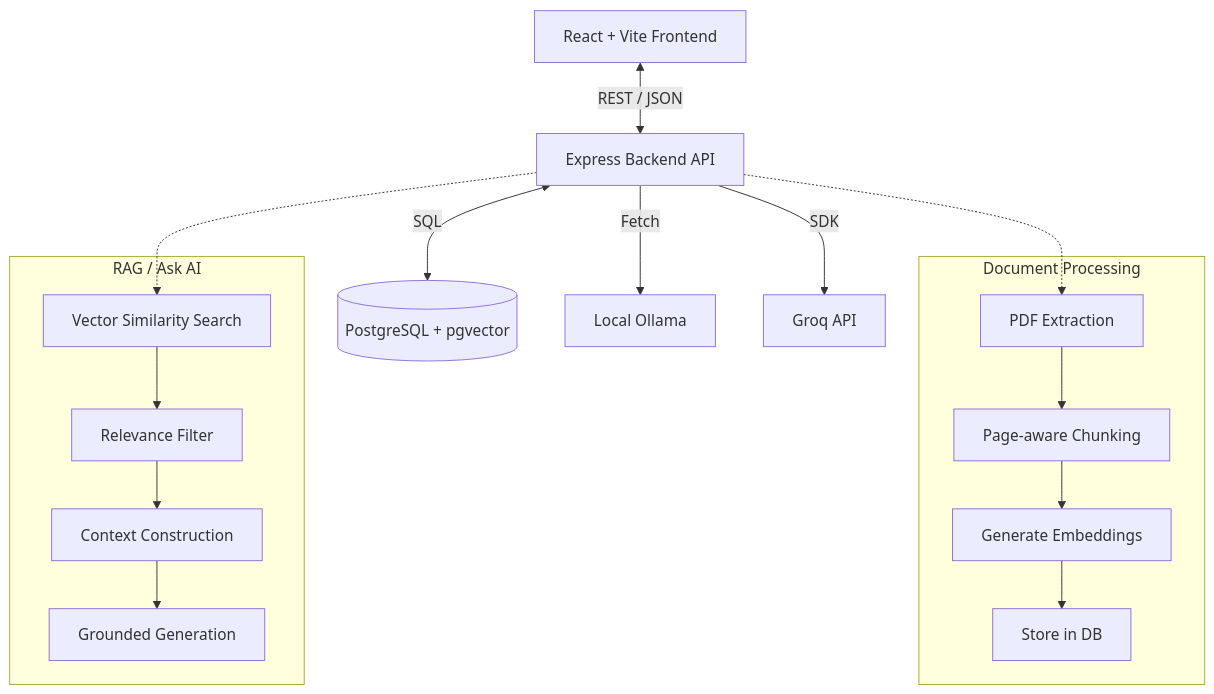
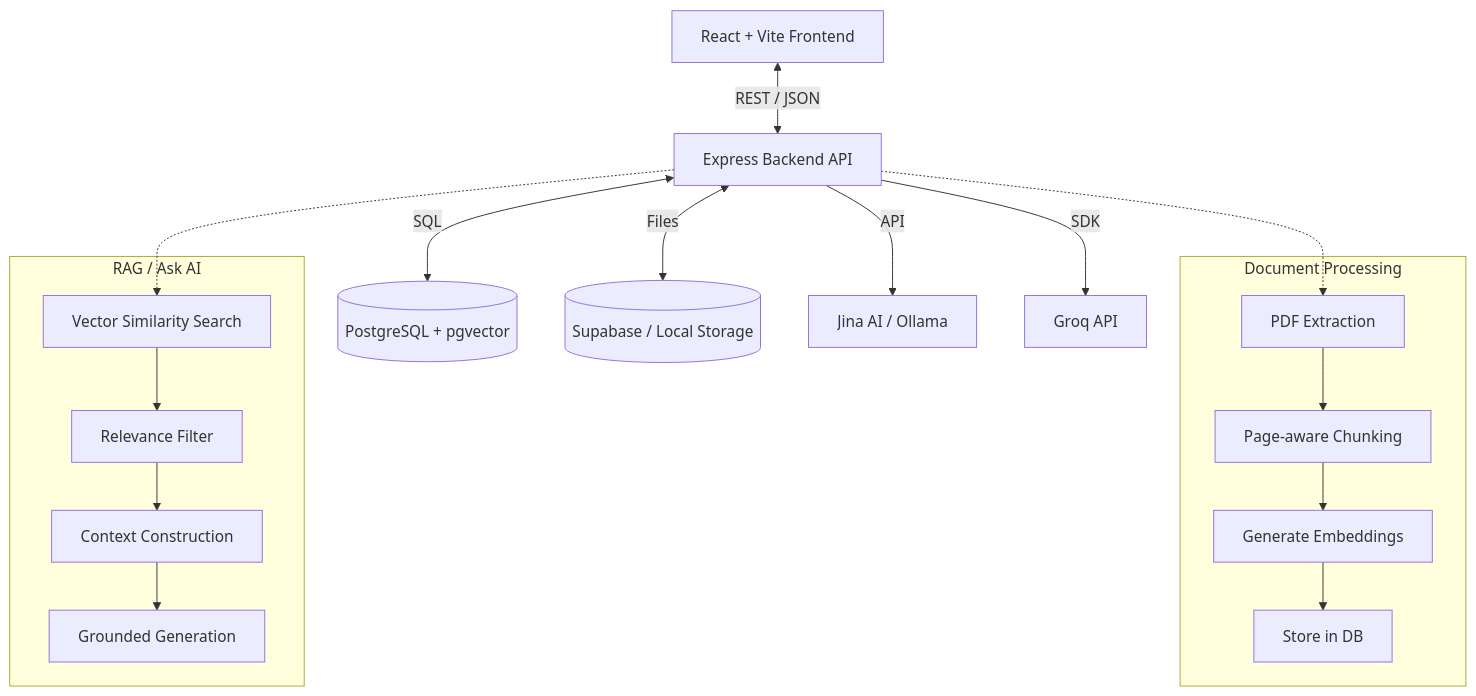
Before and after one commit to Suraj313/Unfold: the diagram in README.md, drawn with Mermaid. The commit also changed other lines of this file and 4 other files, not shown here.

````diff
--- a/README.md
+++ b/README.md
@@ -28,28 +53,30 @@
 ```mermaid
 graph TD
     Client[React + Vite Frontend]
     API[Express Backend API]
     DB[(PostgreSQL + pgvector)]
-    Ollama[Local Ollama]
+    Storage[(Supabase / Local Storage)]
+    Embedder[Jina AI / Ollama]
     Groq[Groq API]
 
     Client <-->|REST / JSON| API
     API <-->|SQL| DB
-    API -->|Fetch| Ollama
+    API <-->|Files| Storage
+    API -->|API| Embedder
     API -->|SDK| Groq
 
     subgraph Document Processing
         Extract[PDF Extraction] --> Chunk[Page-aware Chunking]
         Chunk --> Embed[Generate Embeddings]
         Embed --> Store[Store in DB]
     end
 
     subgraph RAG / Ask AI
         Search[Vector Similarity Search] --> Threshold[Relevance Filter]
         Threshold --> Prompt[Context Construction]
         Prompt --> LLM[Grounded Generation]
     end
 
     API -.-> Extract
     API -.-> Search
 ```
````
